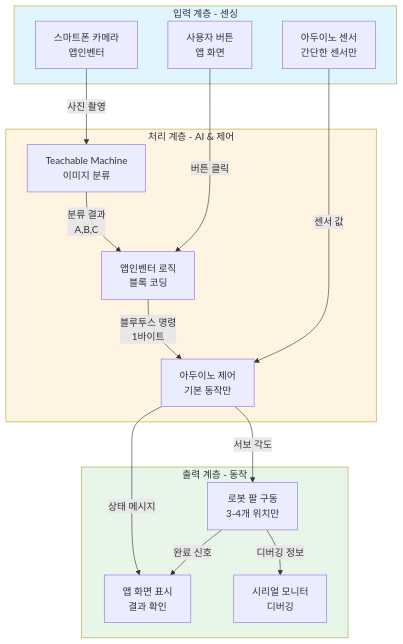
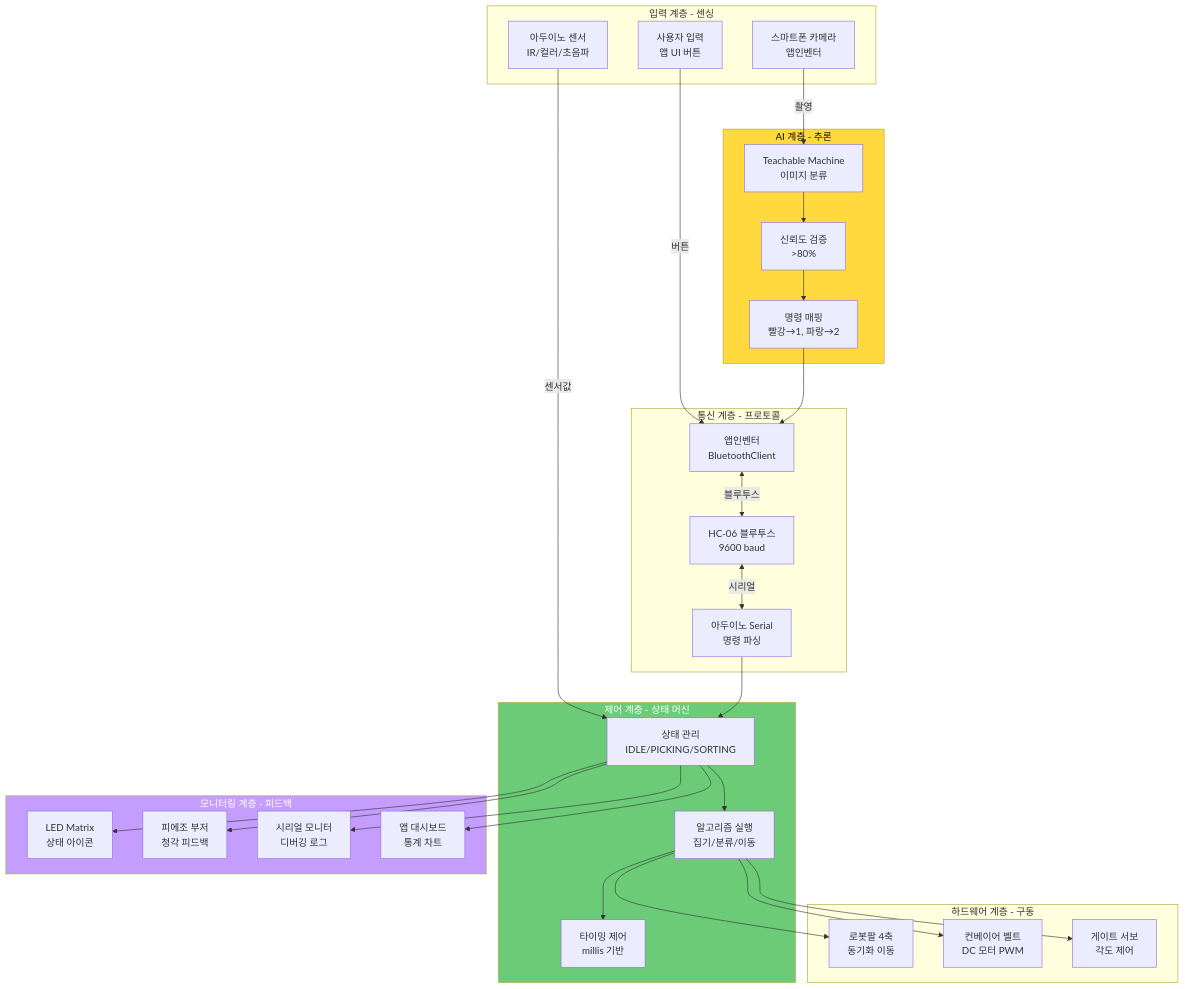
The first of 12 diagrams in docs/01_프로젝트_구조도.md (Collegenie-X/Smart_Factory_Arms_Project), drawn with Mermaid before and after one commit. The commit also changed other lines of this file, not shown here.

````diff
--- a/docs/01_프로젝트_구조도.md
+++ b/docs/01_프로젝트_구조도.md
@@ -12,36 +15,67 @@
 ```mermaid
 graph TB
-    subgraph 입력층[입력 계층 - 센싱]
+    subgraph 입력_계층[입력 계층 - 센싱]
         A1[스마트폰 카메라<br/>앱인벤터]
-        A2[아두이노 센서<br/>간단한 센서만]
-        A3[사용자 버튼<br/>앱 화면]
+        A2[아두이노 센서<br/>IR/컬러/초음파]
+        A3[사용자 입력<br/>앱 UI 버튼]
     end
     
-    subgraph 처리층[처리 계층 - AI & 제어]
+    subgraph AI_계층[AI 계층 - 추론]
         B1[Teachable Machine<br/>이미지 분류]
-        B2[앱인벤터 로직<br/>블록 코딩]
-        B3[아두이노 제어<br/>기본 동작만]
+        B2[신뢰도 검증<br/>>80%]
+        B3[명령 매핑<br/>빨강→1, 파랑→2]
     end
     
-    subgraph 출력층[출력 계층 - 동작]
-        C1[로봇 팔 구동<br/>3-4개 위치만]
-        C2[앱 화면 표시<br/>결과 확인]
-        C3[시리얼 모니터<br/>디버깅]
+    subgraph 통신_계층[통신 계층 - 프로토콜]
+        C1[앱인벤터<br/>BluetoothClient]
+        C2[HC-06 블루투스<br/>9600 baud]
+        C3[아두이노 Serial<br/>명령 파싱]
     end
     
-    A1 -->|사진 촬영| B1
-    A2 -->|센서 값| B3
-    A3 -->|버튼 클릭| B2
+    subgraph 제어_계층[제어 계층 - 상태 머신]
+        D1[상태 관리<br/>IDLE/PICKING/SORTING]
+        D2[알고리즘 실행<br/>집기/분류/이동]
+        D3[타이밍 제어<br/>millis 기반]
+    end
     
-    B1 -->|분류 결과<br/>A,B,C| B2
-    B2 -->|블루투스 명령<br/>1바이트| B3
-    B3 -->|서보 각도| C1
+    subgraph 하드웨어_계층[하드웨어 계층 - 구동]
+        E1[로봇팔 4축<br/>동기화 이동]
+        E2[컨베이어 벨트<br/>DC 모터 PWM]
+        E3[게이트 서보<br/>각도 제어]
+    end
     
-    C1 -->|완료 신호| C2
-    B3 -->|상태 메시지| C2
-    C1 -->|디버깅 정보| C3
+    subgraph 모니터링_계층[모니터링 계층 - 피드백]
+        F1[LED Matrix<br/>상태 아이콘]
+        F2[피에조 부저<br/>청각 피드백]
+        F3[시리얼 모니터<br/>디버깅 로그]
+        F4[앱 대시보드<br/>통계 차트]
+    end
     
-    style 입력층 fill:#e1f5ff
-    style 처리층 fill:#fff4e1
-    style 출력층 fill:#e8f5e9
+    A1 -->|촬영| B1
+    A2 -->|센서값| D1
+    A3 -->|버튼| C1
+    
+    B1 --> B2
+    B2 --> B3
+    B3 --> C1
+    
+    C1 <-->|블루투스| C2
+    C2 <-->|시리얼| C3
+    
+    C3 --> D1
+    D1 --> D2
+    D2 --> D3
+    
+    D2 --> E1
+    D2 --> E2
+    D2 --> E3
+    
+    D1 --> F1
+    D1 --> F2
+    D1 --> F3
+    D1 --> F4
+    
+    style AI_계층 fill:#FFD93D,color:#111
+    style 제어_계층 fill:#6BCB77,color:#fff
+    style 모니터링_계층 fill:#C59DFF,color:#fff
 ```
````
